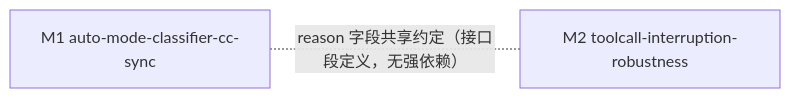
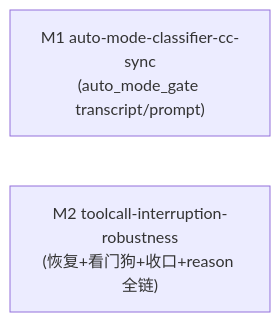
One commit to Mrchen116/nano-multiagent changed the fourth of 4 diagrams in docs/changes/bugfix-410-unattended-toolcall-robustness/design.md. Above: the diagram before and after it, drawn with Mermaid. The commit also changed other lines of this file, not shown here.

First line of the commit message:
docs(bugfix-410): 修正 denied 落点 registry.py + reason 全链归 M2(review)

````diff
--- a/docs/changes/bugfix-410-unattended-toolcall-robustness/design.md
+++ b/docs/changes/bugfix-410-unattended-toolcall-robustness/design.md
@@ -245,6 +248,5 @@
 ```mermaid
 graph LR
-  M1["M1 auto-mode-classifier-cc-sync"]
-  M2["M2 toolcall-interruption-robustness"]
-  M1 -. reason 字段共享约定（接口段定义，无强依赖）.- M2
+  M1["M1 auto-mode-classifier-cc-sync<br/>(auto_mode_gate transcript/prompt)"]
+  M2["M2 toolcall-interruption-robustness<br/>(恢复+看门狗+收口+reason 全链)"]
 ```
````
